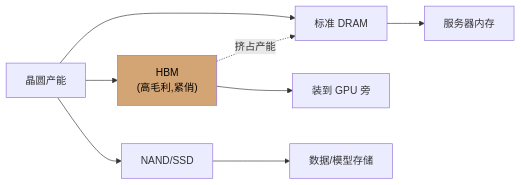
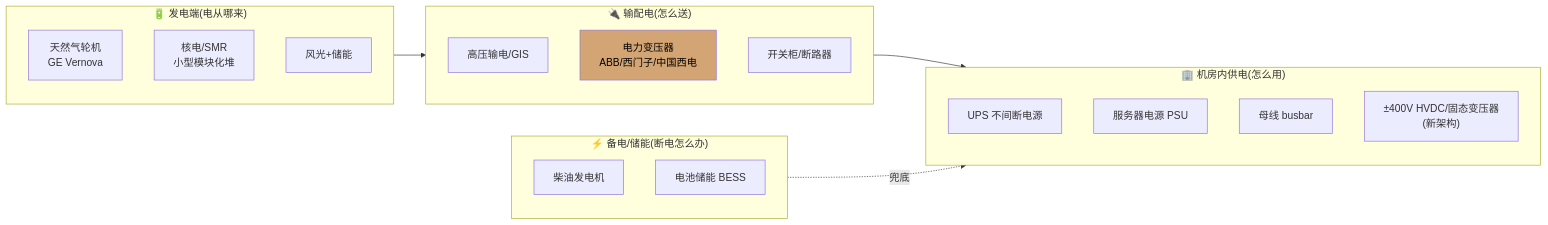
The fourth of 8 diagrams in docs/ai-supply-chain/README.md (zhidaqian/understand-anything), drawn with Mermaid before and after one commit. The commit also changed other lines of this file, not shown here.

````diff
--- a/docs/ai-supply-chain/README.md
+++ b/docs/ai-supply-chain/README.md
@@ -159,11 +242,26 @@
 ```mermaid
 flowchart LR
-    Wafer["晶圆产能"] --> HBM["HBM<br/>(高毛利,紧俏)"]
-    Wafer --> DRAM["标准 DRAM"]
-    Wafer --> NAND["NAND/SSD"]
-    HBM -.挤占产能.-> DRAM
-    HBM --> GPU["装到 GPU 旁"]
-    DRAM --> Server["服务器内存"]
-    NAND --> Storage["数据/模型存储"]
-    style HBM fill:#d4a574,color:#000
+    subgraph GEN["🔋 发电端(电从哪来)"]
+        Gas["天然气轮机<br/>GE Vernova"]
+        Nuke["核电/SMR<br/>小型模块化堆"]
+        Renew["风光+储能"]
+    end
+    subgraph GRID["🔌 输配电(怎么送)"]
+        HV["高压输电/GIS"]
+        Trans["电力变压器<br/>ABB/西门子/中国西电"]
+        Switch["开关柜/断路器"]
+    end
+    subgraph DC["🏢 机房内供电(怎么用)"]
+        UPS["UPS 不间断电源"]
+        PSU["服务器电源 PSU"]
+        Bus["母线 busbar"]
+        HVDC["±400V HVDC/固态变压器<br/>(新架构)"]
+    end
+    subgraph BAK["⚡ 备电/储能(断电怎么办)"]
+        Diesel["柴油发电机"]
+        BESS["电池储能 BESS"]
+    end
+    GEN --> GRID --> DC
+    BAK -.兜底.-> DC
+    style Trans fill:#d4a574,color:#000
 ```
````
